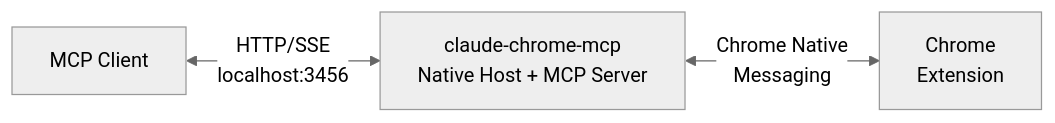
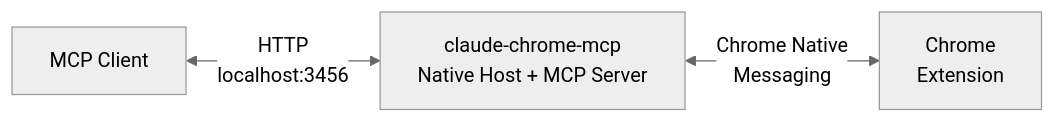
The first of 2 diagrams in README.md (nonsleepr/claude-chrome-mcp), drawn with Mermaid (neutral theme) before and after one commit. The commit also changed other lines of this file, not shown here.

First line of the commit message:
fix: correct MCP transport type from 'sse' to 'http'

````diff
--- a/README.md
+++ b/README.md
@@ -18,5 +18,5 @@
 ```mermaid
 graph LR
-    A[MCP Client] <-->|HTTP/SSE<br/>localhost:3456| B[claude-chrome-mcp<br/>Native Host + MCP Server]
+    A[MCP Client] <-->|HTTP<br/>localhost:3456| B[claude-chrome-mcp<br/>Native Host + MCP Server]
     B <-->|Chrome Native<br/>Messaging| C[Chrome<br/>Extension]
 ```
````
